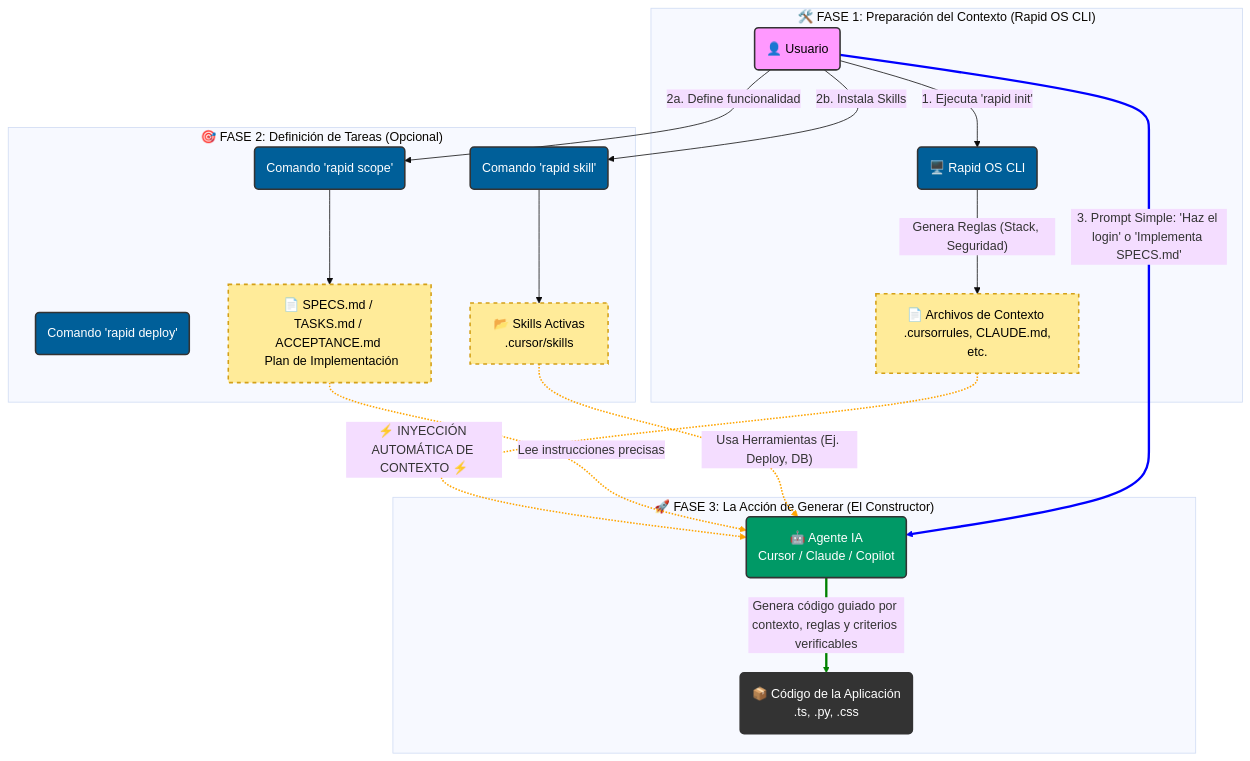
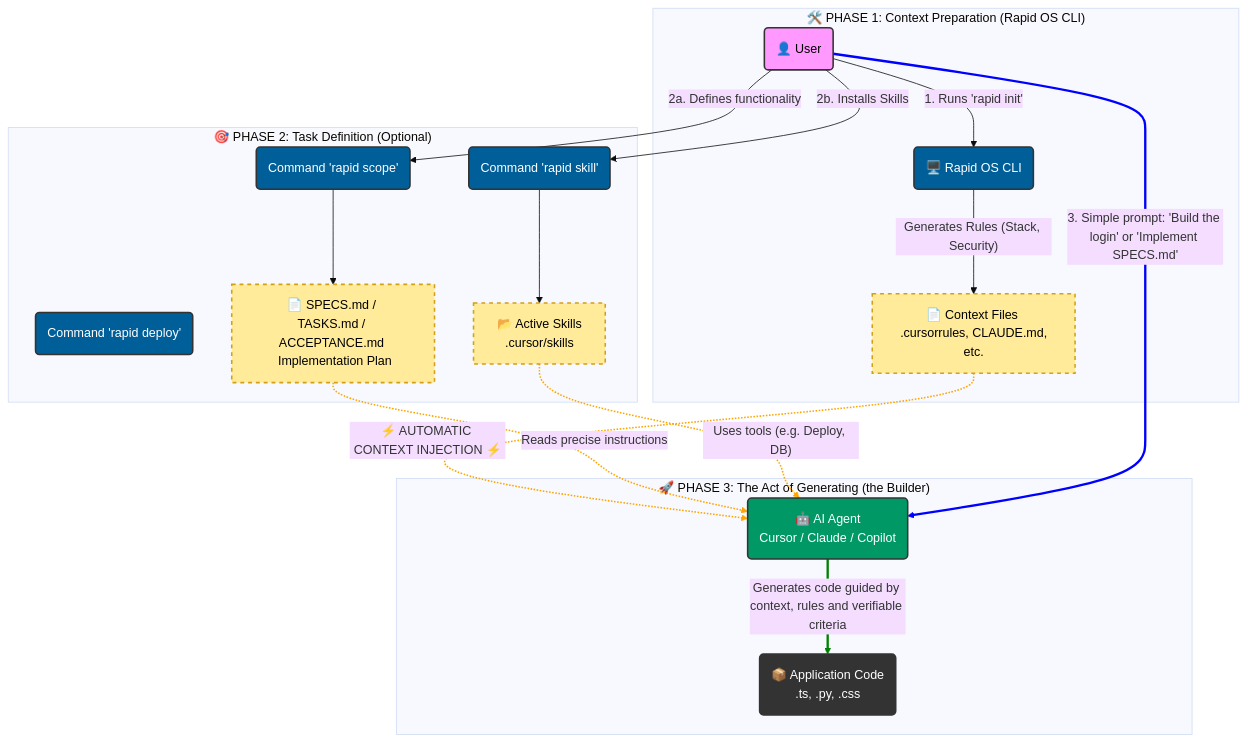
One commit to alyconr/Rapid-OS changed the diagram in README.md. Above: the diagram before and after it, drawn with Mermaid (base theme). The commit also changed other lines of this file and 81 other files, not shown here.

````diff
--- a/README.md
+++ b/README.md
@@ -129,59 +129,59 @@
 ```mermaid
 graph TD
-    %% Estilos
+    %% Styles
     classDef user fill:#f9f,stroke:#333,stroke-width:2px,color:black;
     classDef rapid fill:#005f99,stroke:#333,stroke-width:2px,color:white;
     classDef context fill:#ffeb99,stroke:#d4a017,stroke-width:2px,stroke-dasharray: 5 5,color:black;
     classDef ai fill:#009966,stroke:#333,stroke-width:2px,color:white;
     classDef code fill:#333,stroke:#333,stroke-width:2px,color:white;
 
-    %% Nodos Principales
-    User(👤 Usuario):::user
-    AI(🤖 Agente IA <br> Cursor / Claude / Copilot):::ai
-    FinalCode(📦 Código de la Aplicación <br> .ts, .py, .css):::code
+    %% Main nodes
+    User(👤 User):::user
+    AI(🤖 AI Agent <br> Cursor / Claude / Copilot):::ai
+    FinalCode(📦 Application Code <br> .ts, .py, .css):::code
 
-    %% Subgrafo: Rapid OS (El Director Técnico)
-    subgraph "🛠️ FASE 1: Preparación del Contexto (Rapid OS CLI)"
+    %% Subgraph: Rapid OS (the Technical Director)
+    subgraph "🛠️ PHASE 1: Context Preparation (Rapid OS CLI)"
         RapidCLI(🖥️ Rapid OS CLI):::rapid
 
-        User -->|1. Ejecuta 'rapid init'| RapidCLI
+        User -->|1. Runs 'rapid init'| RapidCLI
 
-        ContextFiles[📄 Archivos de Contexto <br> .cursorrules, CLAUDE.md, etc.]:::context
-        RapidCLI -->|"Genera Reglas (Stack, Seguridad)"| ContextFiles
+        ContextFiles[📄 Context Files <br> .cursorrules, CLAUDE.md, etc.]:::context
+        RapidCLI -->|"Generates Rules (Stack, Security)"| ContextFiles
     end
 
-    %% Subgrafo: Tareas Específicas (Opcional)
-    subgraph "🎯 FASE 2: Definición de Tareas (Opcional)"
-        ScopeCmd(Comando 'rapid scope'):::rapid
-        DeployCmd(Comando 'rapid deploy'):::rapid
-        SkillCmd(Comando 'rapid skill'):::rapid
+    %% Subgraph: Specific tasks (optional)
+    subgraph "🎯 PHASE 2: Task Definition (Optional)"
+        ScopeCmd(Command 'rapid scope'):::rapid
+        DeployCmd(Command 'rapid deploy'):::rapid
+        SkillCmd(Command 'rapid skill'):::rapid
 
-        User -->|2a. Define funcionalidad| ScopeCmd
-        User -->|2b. Instala Skills| SkillCmd
+        User -->|2a. Defines functionality| ScopeCmd
+        User -->|2b. Installs Skills| SkillCmd
 
-        SpecsFile[📄 SPECS.md / TASKS.md / ACCEPTANCE.md <br> Plan de Implementación]:::context
-        SkillsFolder[📂 Skills Activas <br> .cursor/skills]:::context
+        SpecsFile[📄 SPECS.md / TASKS.md / ACCEPTANCE.md <br> Implementation Plan]:::context
+        SkillsFolder[📂 Active Skills <br> .cursor/skills]:::context
 
         ScopeCmd --> SpecsFile
         SkillCmd --> SkillsFolder
     end
 
-    %% Subgrafo: La Generación Real (El Constructor)
-    subgraph "🚀 FASE 3: La Acción de Generar (El Constructor)"
-        %% La Inyección Mágica
-        ContextFiles -.->|"⚡ INYECCIÓN AUTOMÁTICA DE CONTEXTO ⚡"| AI
-        SpecsFile -.->|"Lee instrucciones precisas"| AI
-        SkillsFolder -.->|"Usa Herramientas (Ej. Deploy, DB)"| AI
+    %% Subgraph: The actual generation (the Builder)
+    subgraph "🚀 PHASE 3: The Act of Generating (the Builder)"
+        %% The magic injection
+        ContextFiles -.->|"⚡ AUTOMATIC CONTEXT INJECTION ⚡"| AI
+        SpecsFile -.->|"Reads precise instructions"| AI
+        SkillsFolder -.->|"Uses tools (e.g. Deploy, DB)"| AI
 
-        %% La Acción del Usuario - CORREGIDA
-        User == "3. Prompt Simple: 'Haz el login' o 'Implementa SPECS.md'" ==> AI
+        %% The user's action
+        User == "3. Simple prompt: 'Build the login' or 'Implement SPECS.md'" ==> AI
 
-        %% El Resultado
-        AI ==>|"Genera código guiado por contexto, reglas y criterios verificables"| FinalCode
+        %% The result
+        AI ==>|"Generates code guided by context, rules and verifiable criteria"| FinalCode
     end
 
-    %% Leyenda
+    %% Legend
     linkStyle 6,7,8 stroke:orange,stroke-width:2px,fill:none;
     linkStyle 9 stroke:blue,stroke-width:3px,fill:none;
     linkStyle 10 stroke:green,stroke-width:3px,fill:none;
 ```
````
